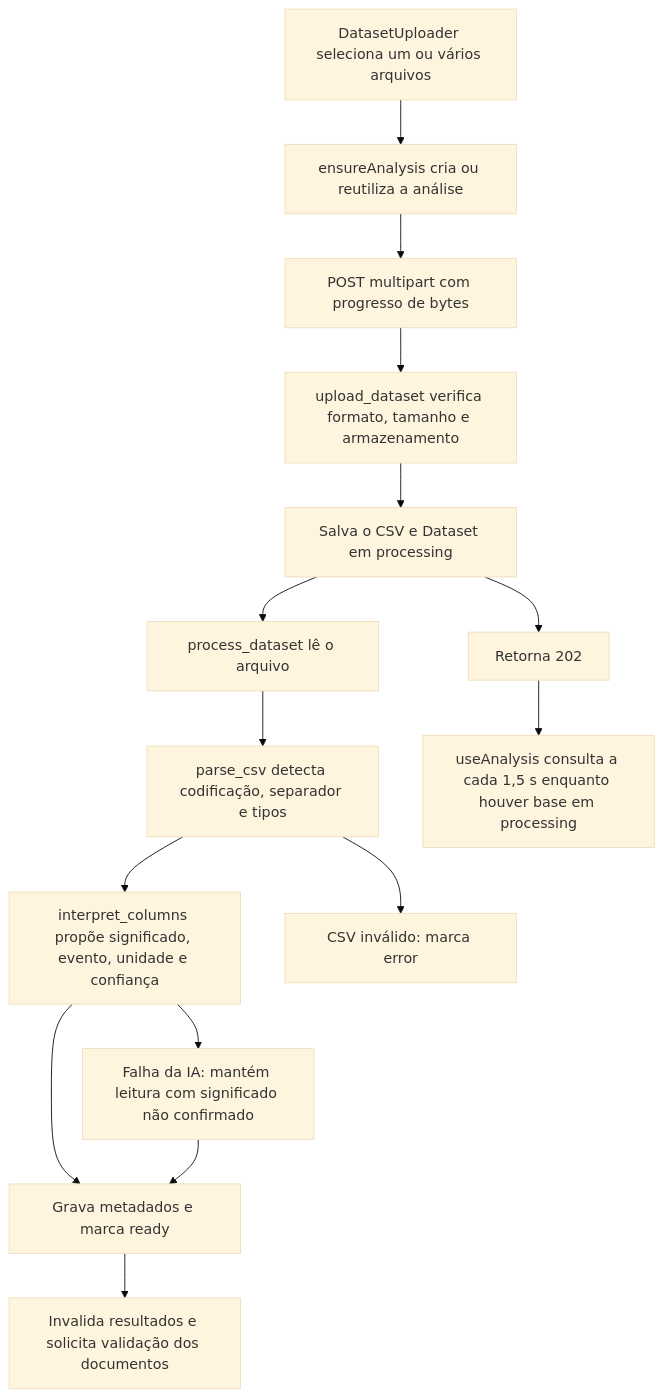
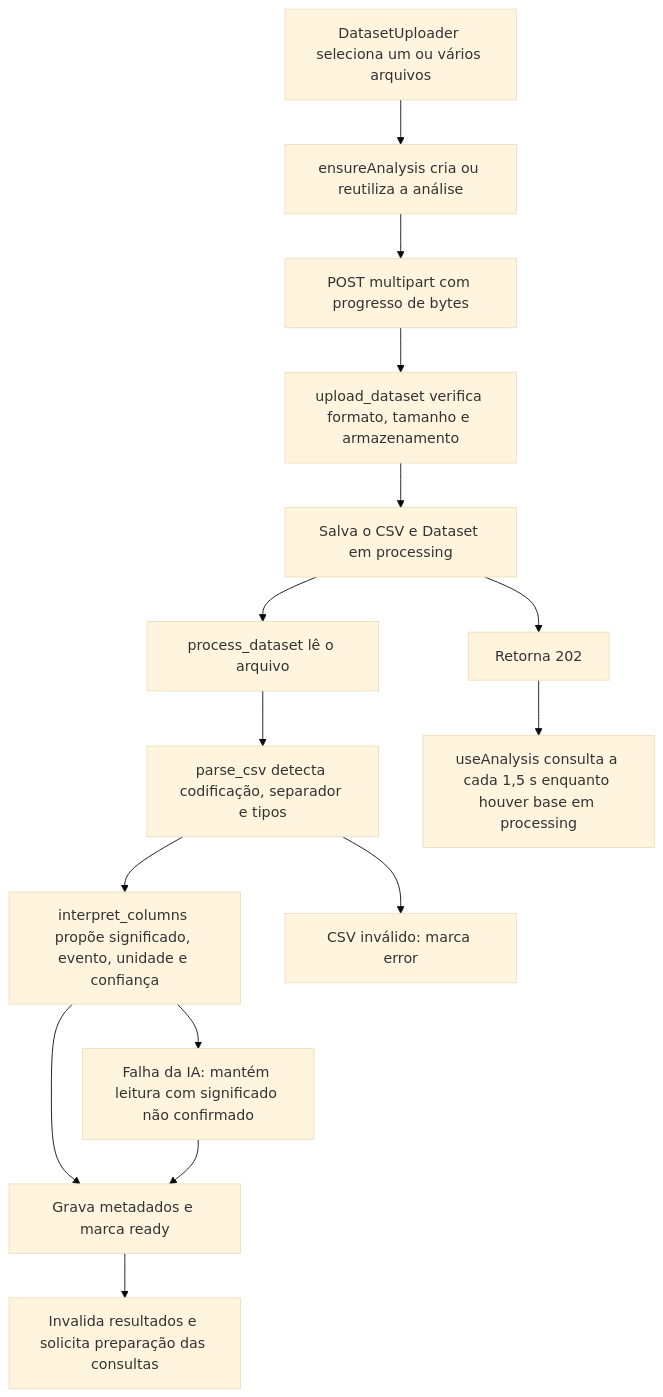
Before and after one commit to brunpena/ic-grifo: the second of 8 diagrams in docs/fluxos.md, drawn with Mermaid (base theme). The commit also changed other lines of this file and 5 other files, not shown here.

````diff
--- a/docs/fluxos.md
+++ b/docs/fluxos.md
@@ -41,17 +41,17 @@
 ```mermaid
 flowchart TD
     A["DatasetUploader seleciona um ou vários arquivos"] --> B["ensureAnalysis cria ou reutiliza a análise"]
     B --> C["POST multipart com progresso de bytes"]
     C --> D["upload_dataset verifica formato, tamanho e armazenamento"]
     D --> E["Salva o CSV e Dataset em processing"]
     E --> F["Retorna 202"]
     E --> G["process_dataset lê o arquivo"]
     G --> H["parse_csv detecta codificação, separador e tipos"]
     H --> I["interpret_columns propõe significado, evento, unidade e confiança"]
     I --> J["Grava metadados e marca ready"]
     H --> K["CSV inválido: marca error"]
     I --> L["Falha da IA: mantém leitura com significado não confirmado"]
     L --> J
-    J --> M["Invalida resultados e solicita validação dos documentos"]
+    J --> M["Invalida resultados e solicita preparação das consultas"]
     F --> N["useAnalysis consulta a cada 1,5 s enquanto houver base em processing"]
 ```
````
